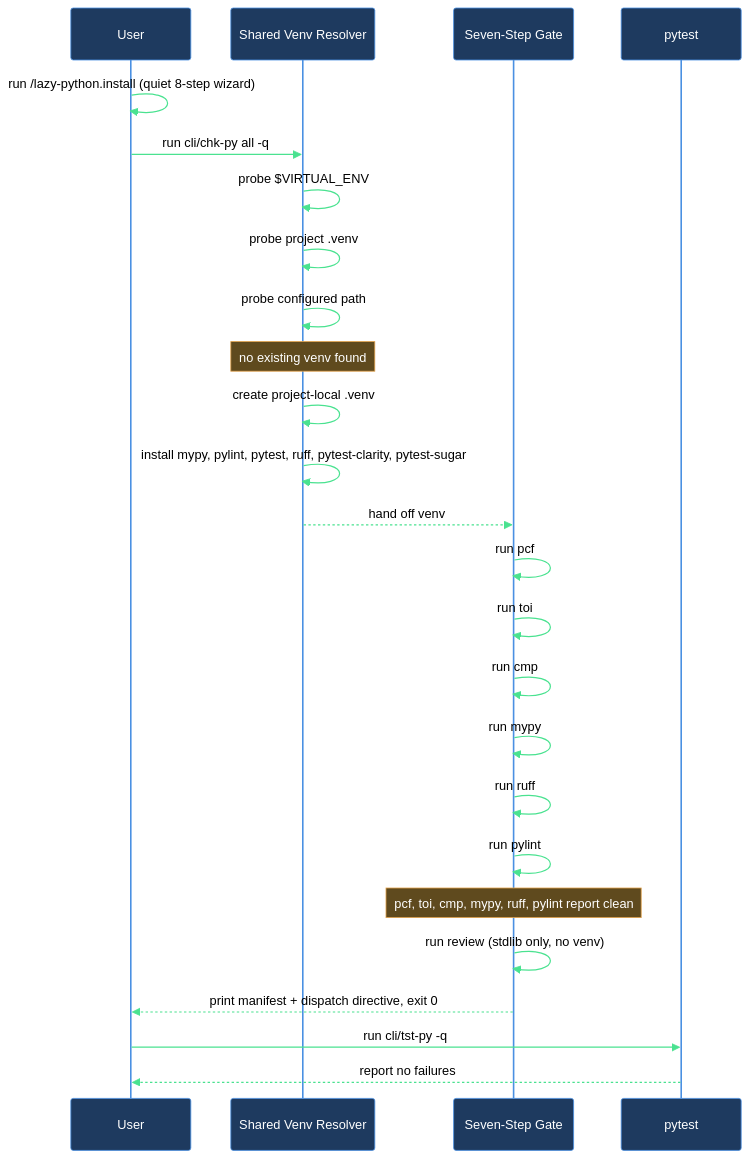
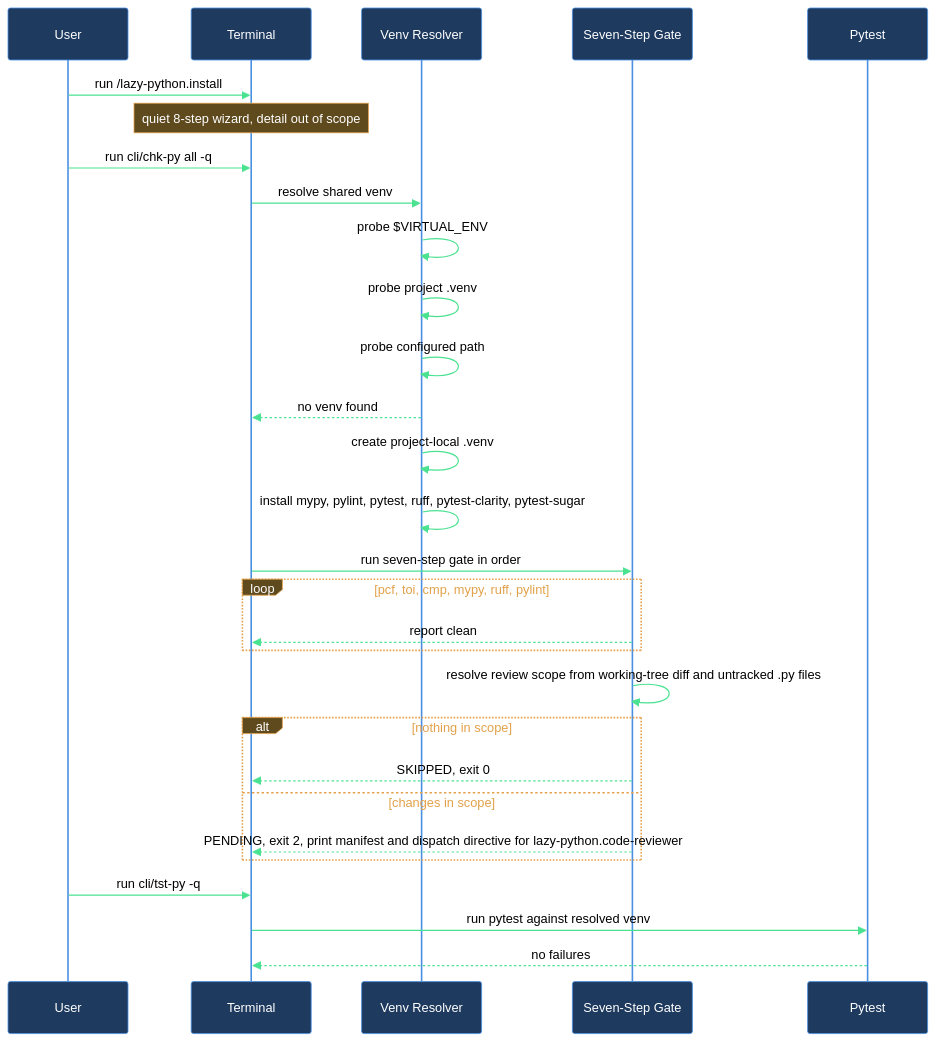
Before and after one commit to mebius-san/lazy-cortex: the diagram in claude/lazycortex-python/help/walkthroughs/install-and-first-check.md, drawn with Mermaid. The commit also changed other lines of this file and 21 other files, not shown here.

````diff
--- a/claude/lazycortex-python/help/walkthroughs/install-and-first-check.md
+++ b/claude/lazycortex-python/help/walkthroughs/install-and-first-check.md
@@ -78,29 +80,33 @@
 ```mermaid
 %%{init: {'themeVariables':{'background':'transparent','primaryColor':'#1e3a5f','primaryBorderColor':'#4a90e2','primaryTextColor':'#fff','lineColor':'#4ae290','actorBkg':'#1e3a5f','actorBorder':'#4a90e2','actorTextColor':'#fff','actorLineColor':'#4a90e2','signalColor':'#4ae290','signalTextColor':'#000','noteBkgColor':'#5f4a1e','noteBorderColor':'#e2a14a','noteTextColor':'#fff','labelBoxBkgColor':'#5f4a1e','labelBoxBorderColor':'#e2a14a','labelTextColor':'#fff','loopTextColor':'#e2a14a'},'sequence':{'diagramPadding':5,'useMaxWidth':true}}}%%
 sequenceDiagram
   participant user as User
-  participant venvResolver as Shared Venv Resolver
+  participant terminal as Terminal
+  participant venvResolver as Venv Resolver
   participant gate as Seven-Step Gate
-  participant pytest as pytest
+  participant pytest as Pytest
 
-  user->>user: run /lazy-python.install (quiet 8-step wizard)
-  user->>venvResolver: run cli/chk-py all -q
+  user->>terminal: run /lazy-python.install
+  Note over terminal: quiet 8-step wizard, detail out of scope
+  user->>terminal: run cli/chk-py all -q
+  terminal->>venvResolver: resolve shared venv
   venvResolver->>venvResolver: probe $VIRTUAL_ENV
   venvResolver->>venvResolver: probe project .venv
   venvResolver->>venvResolver: probe configured path
-  Note over venvResolver: no existing venv found
+  venvResolver-->>terminal: no venv found
   venvResolver->>venvResolver: create project-local .venv
   venvResolver->>venvResolver: install mypy, pylint, pytest, ruff, pytest-clarity, pytest-sugar
-  venvResolver-->>gate: hand off venv
-  gate->>gate: run pcf
-  gate->>gate: run toi
-  gate->>gate: run cmp
-  gate->>gate: run mypy
-  gate->>gate: run ruff
-  gate->>gate: run pylint
-  Note over gate: pcf, toi, cmp, mypy, ruff, pylint report clean
-  gate->>gate: run review (stdlib only, no venv)
-  gate-->>user: print manifest + dispatch directive, exit 0
-  user->>pytest: run cli/tst-py -q
-  pytest-->>user: report no failures
+  terminal->>gate: run seven-step gate in order
+  loop pcf, toi, cmp, mypy, ruff, pylint
+    gate-->>terminal: report clean
+  end
+  gate->>gate: resolve review scope from working-tree diff and untracked .py files
+  alt nothing in scope
+    gate-->>terminal: SKIPPED, exit 0
+  else changes in scope
+    gate-->>terminal: PENDING, exit 2, print manifest and dispatch directive for lazy-python.code-reviewer
+  end
+  user->>terminal: run cli/tst-py -q
+  terminal->>pytest: run pytest against resolved venv
+  pytest-->>terminal: no failures
 ```
````
